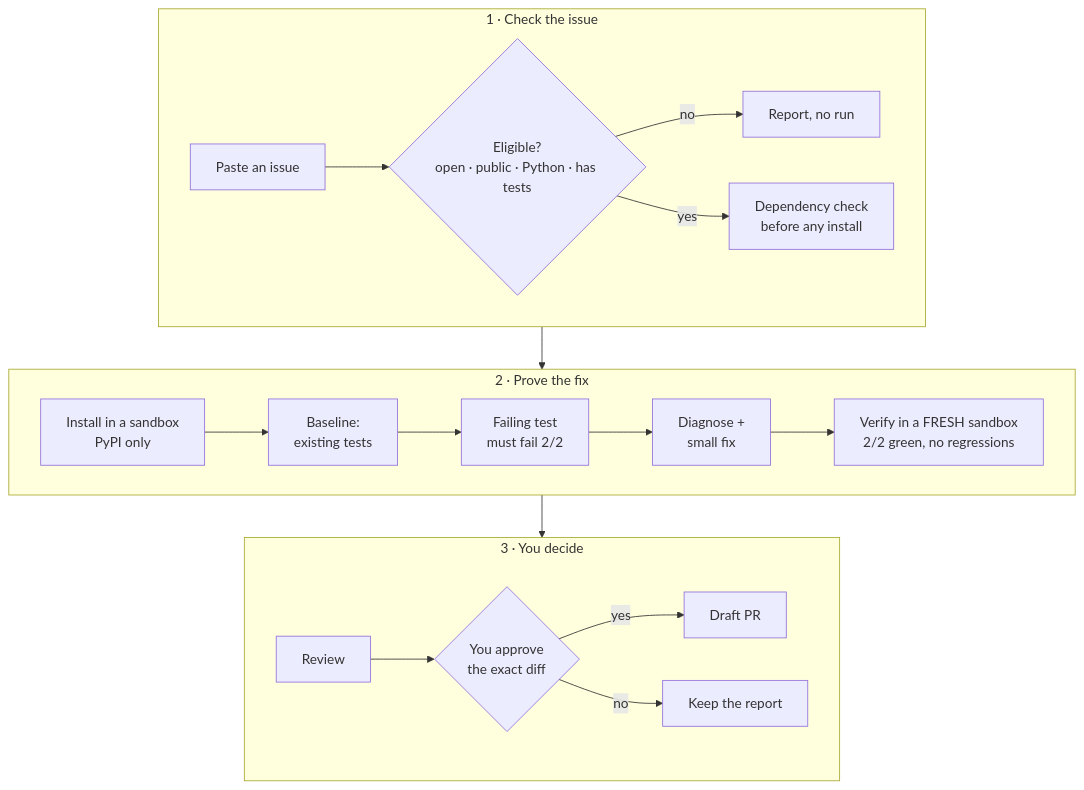
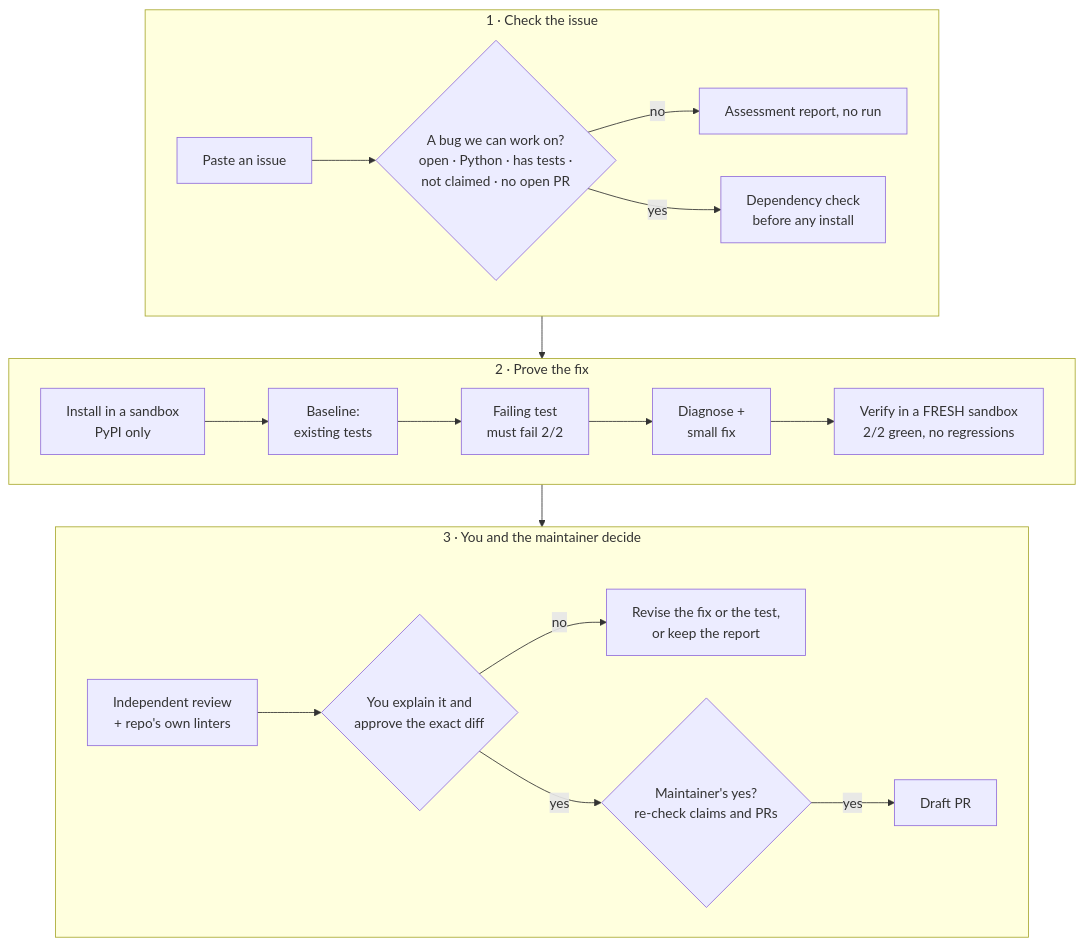
The diagram in README.md (Niranjan-cyber/patchpilot), drawn with Mermaid before and after one commit. The commit also changed other lines of this file, not shown here.

Commit message:
README: first third-party contribution (wheelgap#133, reviewed by its maintainer), ownership and maintainer consent, updated diagram and what's-real table, Known limits, current test counts

````diff
--- a/README.md
+++ b/README.md
@@ -51,23 +69,24 @@
 ```mermaid
 flowchart TB
     subgraph check [1 · Check the issue]
         direction LR
-        A[Paste an issue] --> B{Eligible?<br/>open · public · Python · has tests}
-        B -->|no| R[Report, no run]
+        A[Paste an issue] --> B{A bug we can work on?<br/>open · Python · has tests ·<br/>not claimed · no open PR}
+        B -->|no| R[Assessment report, no run]
         B -->|yes| C[Dependency check<br/>before any install]
     end
     subgraph prove [2 · Prove the fix]
         direction LR
         D[Install in a sandbox<br/>PyPI only] --> E[Baseline:<br/>existing tests]
         E --> F[Failing test<br/>must fail 2/2]
         F --> G[Diagnose +<br/>small fix]
         G --> H[Verify in a FRESH sandbox<br/>2/2 green, no regressions]
     end
-    subgraph decide [3 · You decide]
+    subgraph decide [3 · You and the maintainer decide]
         direction LR
-        I[Review] --> J{You approve<br/>the exact diff}
-        J -->|yes| K[Draft PR]
-        J -->|no| L[Keep the report]
+        I[Independent review<br/>+ repo's own linters] --> J{You explain it and<br/>approve the exact diff}
+        J -->|no| L[Revise the fix or the test,<br/>or keep the report]
+        J -->|yes| M{Maintainer's yes?<br/>re-check claims and PRs}
+        M -->|yes| K[Draft PR]
     end
     check --> prove --> decide
 ```
````
